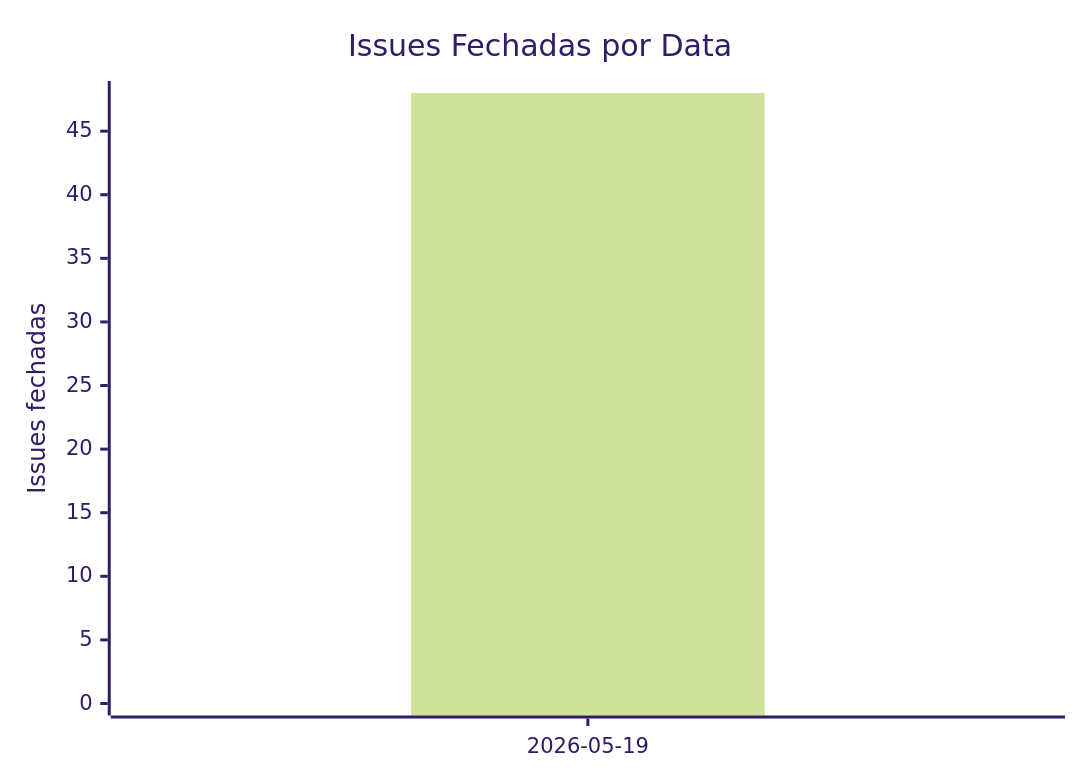
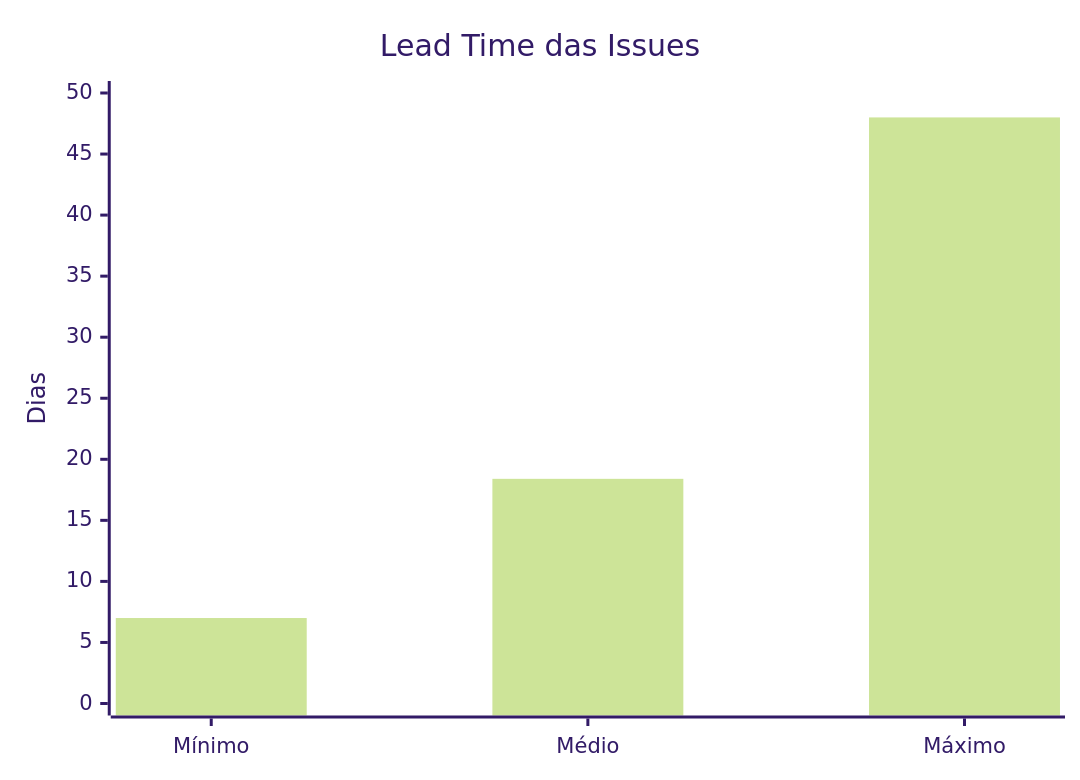
Before and after one commit to RafaelTeixeira1/padraocerto: the eighth of 14 diagrams in docs/metricas/GRAFICOS_GITHUB.md, drawn with Mermaid (forest theme). The commit also changed other lines of this file, not shown here.

Commit message:
Revise lead time metrics and update chart
Updated lead time metrics and modified the chart to reflect new data.

````diff
--- a/docs/metricas/GRAFICOS_GITHUB.md
+++ b/docs/metricas/GRAFICOS_GITHUB.md
@@ -359,7 +359,7 @@
 ```mermaid
 xychart-beta
-  title "Issues Fechadas por Data"
-  x-axis ["2026-05-19"]
-  y-axis "Issues fechadas" 0 --> 48
-  bar [48]
+  title "Lead Time das Issues"
+  x-axis ["Mínimo", "Médio", "Máximo"]
+  y-axis "Dias" 0 --> 50
+  bar [7, 18.4, 48]
 ```
````
